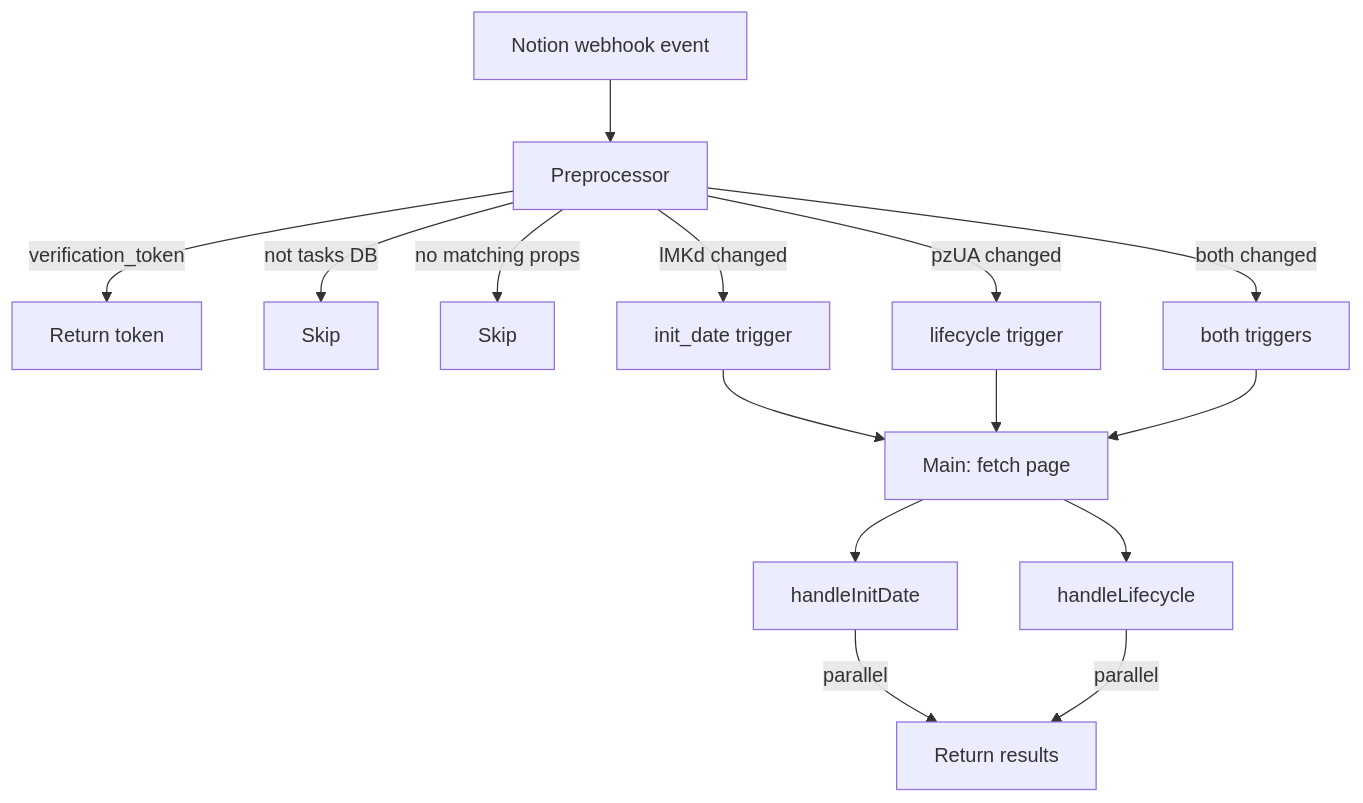
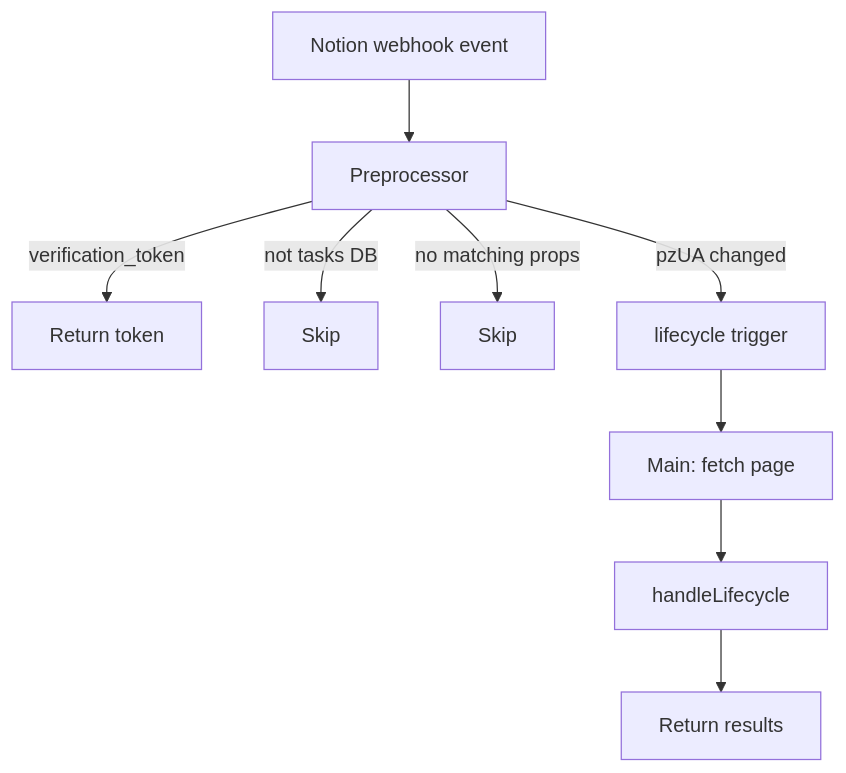
The diagram in docs/automation/Tasks Webhook Router.md (geoffyli/my-task-management), drawn with Mermaid before and after one commit. The commit also changed other lines of this file and 42 other files, not shown here.

````diff
--- a/docs/automation/Tasks Webhook Router.md
+++ b/docs/automation/Tasks Webhook Router.md
@@ -30,17 +29,11 @@
 ```mermaid
 flowchart TD
     N[Notion webhook event] --> P[Preprocessor]
     P -->|verification_token| V[Return token]
     P -->|not tasks DB| S1[Skip]
     P -->|no matching props| S2[Skip]
-    P -->|lMKd changed| T1[init_date trigger]
     P -->|pzUA changed| T2[lifecycle trigger]
-    P -->|both changed| T3[both triggers]
-    T1 --> M[Main: fetch page]
-    T2 --> M
-    T3 --> M
-    M --> H1[handleInitDate]
+    T2 --> M[Main: fetch page]
     M --> H2[handleLifecycle]
-    H1 -->|parallel| R[Return results]
-    H2 -->|parallel| R
+    H2 --> R[Return results]
 ```
````
